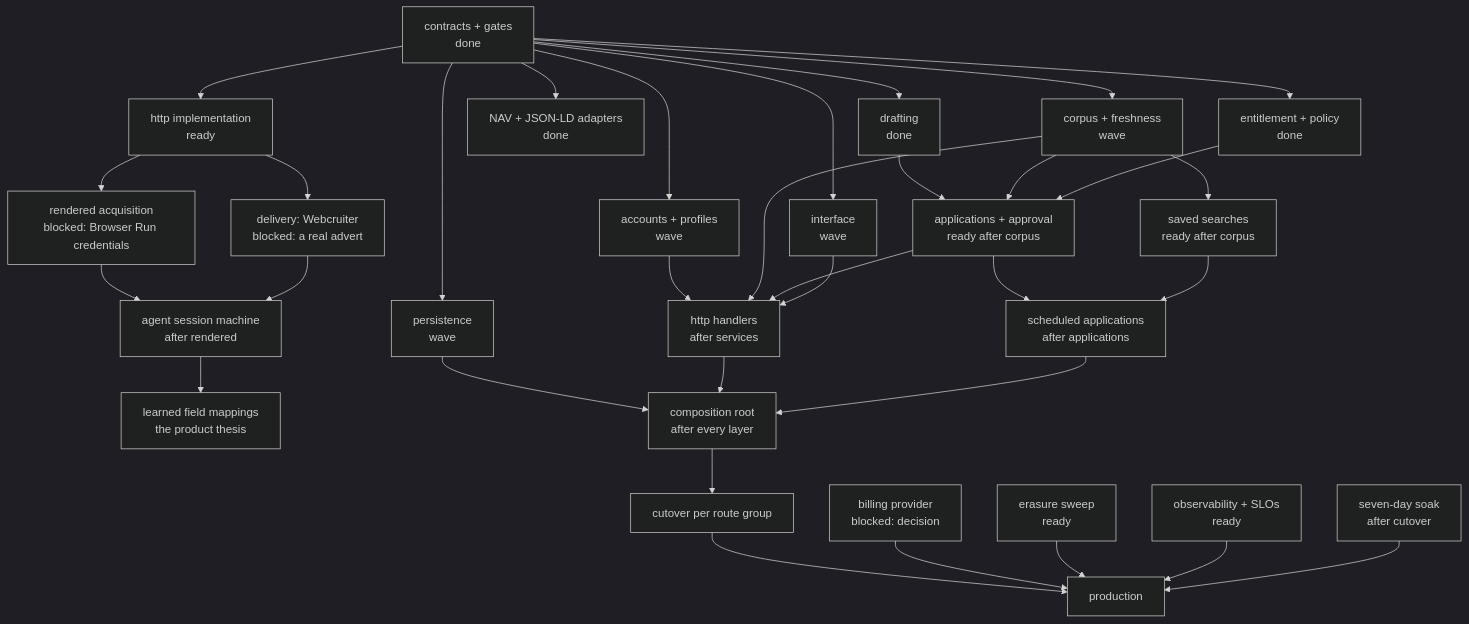
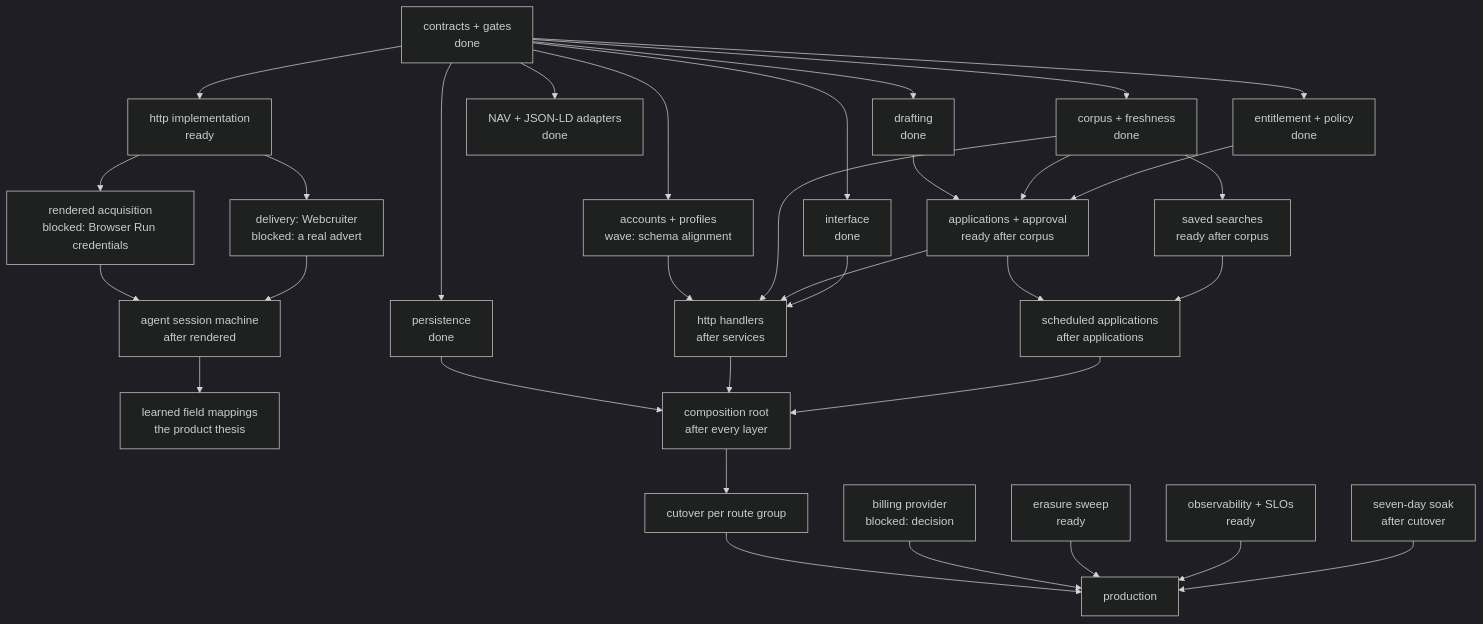
Before and after one commit to phibkro/job-application-assistant: the diagram in work/WS-0012-r1-dependency-graph.md, drawn with Mermaid (dark theme). The commit also changed other lines of this file and 4 other files, not shown here.

````diff
--- a/work/WS-0012-r1-dependency-graph.md
+++ b/work/WS-0012-r1-dependency-graph.md
@@ -12,42 +12,42 @@
 ```mermaid
 graph TD
-  C[contracts + gates<br/>done] --> P[persistence<br/>wave]
-  C --> CORP[corpus + freshness<br/>wave]
-  C --> ACC[accounts + profiles<br/>wave]
-  C --> WEB[interface<br/>wave]
+  C[contracts + gates<br/>done] --> P[persistence<br/>done]
+  C --> CORP[corpus + freshness<br/>done]
+  C --> ACC[accounts + profiles<br/>wave: schema alignment]
+  C --> WEB[interface<br/>done]
   C --> DRAFT[drafting<br/>done]
   C --> ADAPT[NAV + JSON-LD adapters<br/>done]
   C --> DEC[entitlement + policy<br/>done]
 
   C --> HTTP[http implementation<br/>ready]
   HTTP --> REND[rendered acquisition<br/>blocked: Browser Run credentials]
   HTTP --> DELIV[delivery: Webcruiter<br/>blocked: a real advert]
 
   CORP --> SEARCH[saved searches<br/>ready after corpus]
   DRAFT --> APP[applications + approval<br/>ready after corpus]
   CORP --> APP
   DEC --> APP
   APP --> AGENDA[scheduled applications<br/>after applications]
   SEARCH --> AGENDA
 
   REND --> MACHINE[agent session machine<br/>after rendered]
   DELIV --> MACHINE
   MACHINE --> LEARN[learned field mappings<br/>the product thesis]
 
   ACC --> HAND[http handlers<br/>after services]
   CORP --> HAND
   APP --> HAND
   WEB --> HAND
 
   P --> COMPOSE[composition root<br/>after every layer]
   HAND --> COMPOSE
   AGENDA --> COMPOSE
 
   COMPOSE --> CUT[cutover per route group]
   CUT --> PROD[production]
 
   BILL[billing provider<br/>blocked: decision] --> PROD
   ERASE[erasure sweep<br/>ready] --> PROD
   OBS[observability + SLOs<br/>ready] --> PROD
   SOAK[seven-day soak<br/>after cutover] --> PROD
 ```
````
